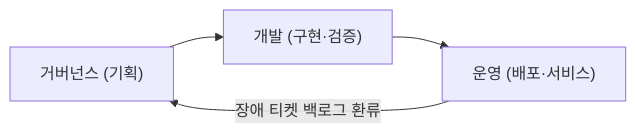
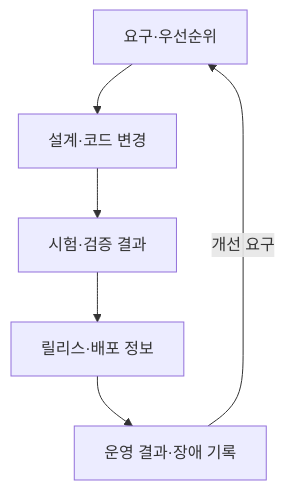
Before and after one commit to agnusdei1207/study: the second of 2 diagrams in src/content/docs/notes/itpe/02-software-engineering/107_alm.md, drawn with Mermaid. The commit also changed other lines of this file and 31 other files, not shown here.

````diff
--- a/src/content/docs/notes/itpe/02-software-engineering/107_alm.md
+++ b/src/content/docs/notes/itpe/02-software-engineering/107_alm.md
@@ -57,5 +90,8 @@
 ```mermaid
-flowchart LR
-    G["거버넌스 (기획)"] --> D["개발 (구현·검증)"] --> O["운영 (배포·서비스)"]
-    O -->|장애 티켓 백로그 환류| G
+flowchart TD
+    R["요구·우선순위"] --> A["설계·코드 변경"]
+    A --> T["시험·검증 결과"]
+    T --> L["릴리스·배포 정보"]
+    L --> O["운영 결과·장애 기록"]
+    O -->|개선 요구| R
 ```
````
